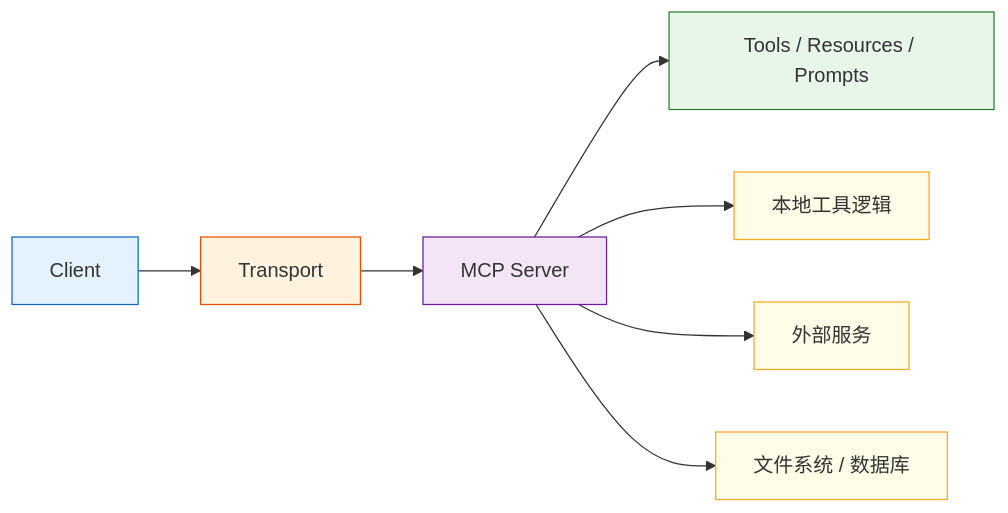
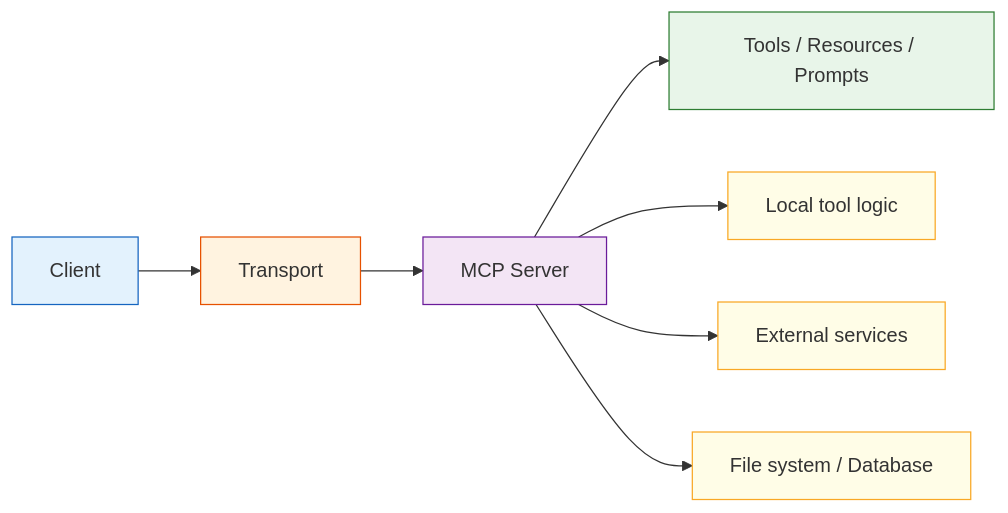
The diagram in docs/ch09-agent/ch05-mcp/02-mcp-architecture.md (oudbiao/AI-fullstack-course), drawn with Mermaid before and after one commit. The commit also changed other lines of this file and 1406 other files, not shown here.

````diff
--- a/docs/ch09-agent/ch05-mcp/02-mcp-architecture.md
+++ b/docs/ch09-agent/ch05-mcp/02-mcp-architecture.md
@@ -36,18 +36,18 @@
 ```mermaid
 flowchart LR
     A["Client"] --> B["Transport"]
     B --> C["MCP Server"]
     C --> D["Tools / Resources / Prompts"]
 
-    C --> E["本地工具逻辑"]
-    C --> F["外部服务"]
-    C --> G["文件系统 / 数据库"]
+    C --> E["Local tool logic"]
+    C --> F["External services"]
+    C --> G["File system / Database"]
 
     style A fill:#e3f2fd,stroke:#1565c0,color:#333
     style B fill:#fff3e0,stroke:#e65100,color:#333
     style C fill:#f3e5f5,stroke:#6a1b9a,color:#333
     style D fill:#e8f5e9,stroke:#2e7d32,color:#333
     style E fill:#fffde7,stroke:#f9a825,color:#333
     style F fill:#fffde7,stroke:#f9a825,color:#333
     style G fill:#fffde7,stroke:#f9a825,color:#333
 ```
````
